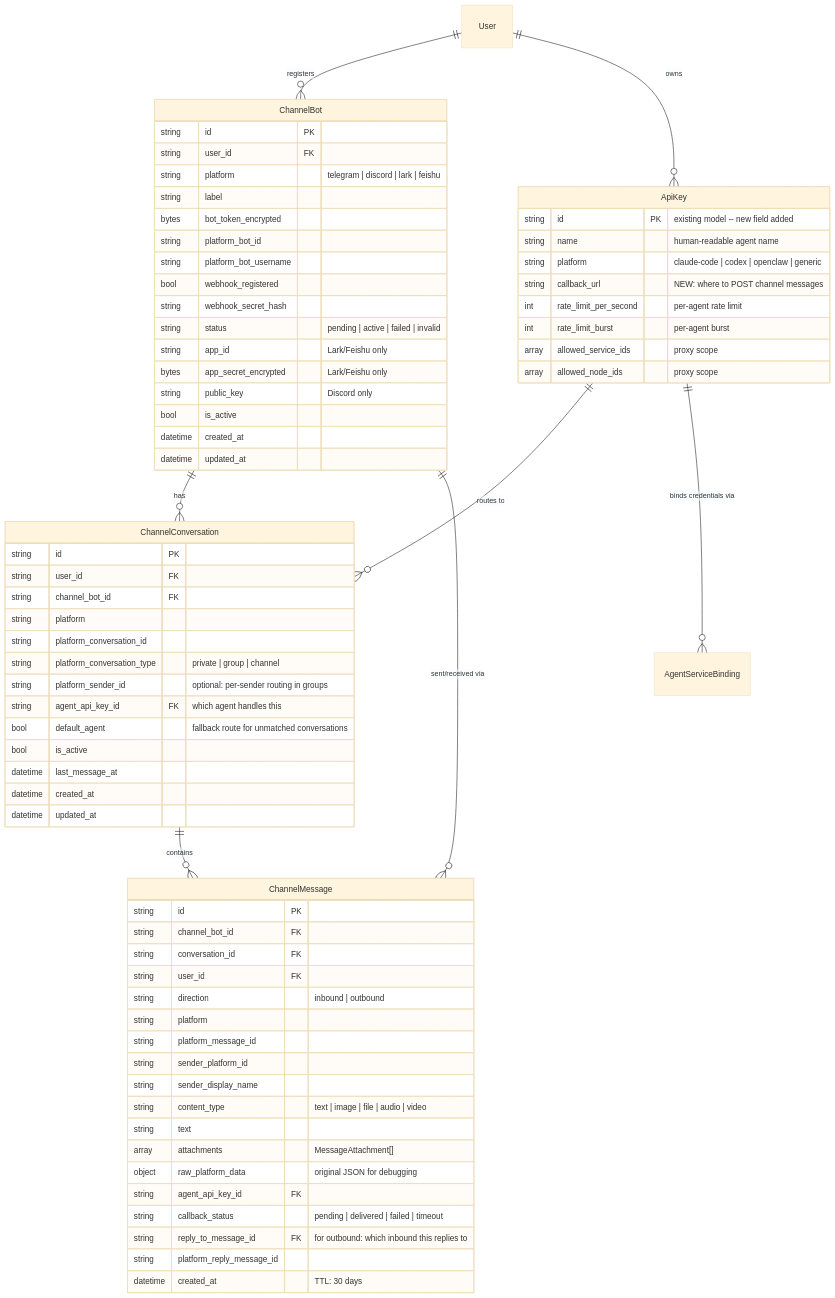
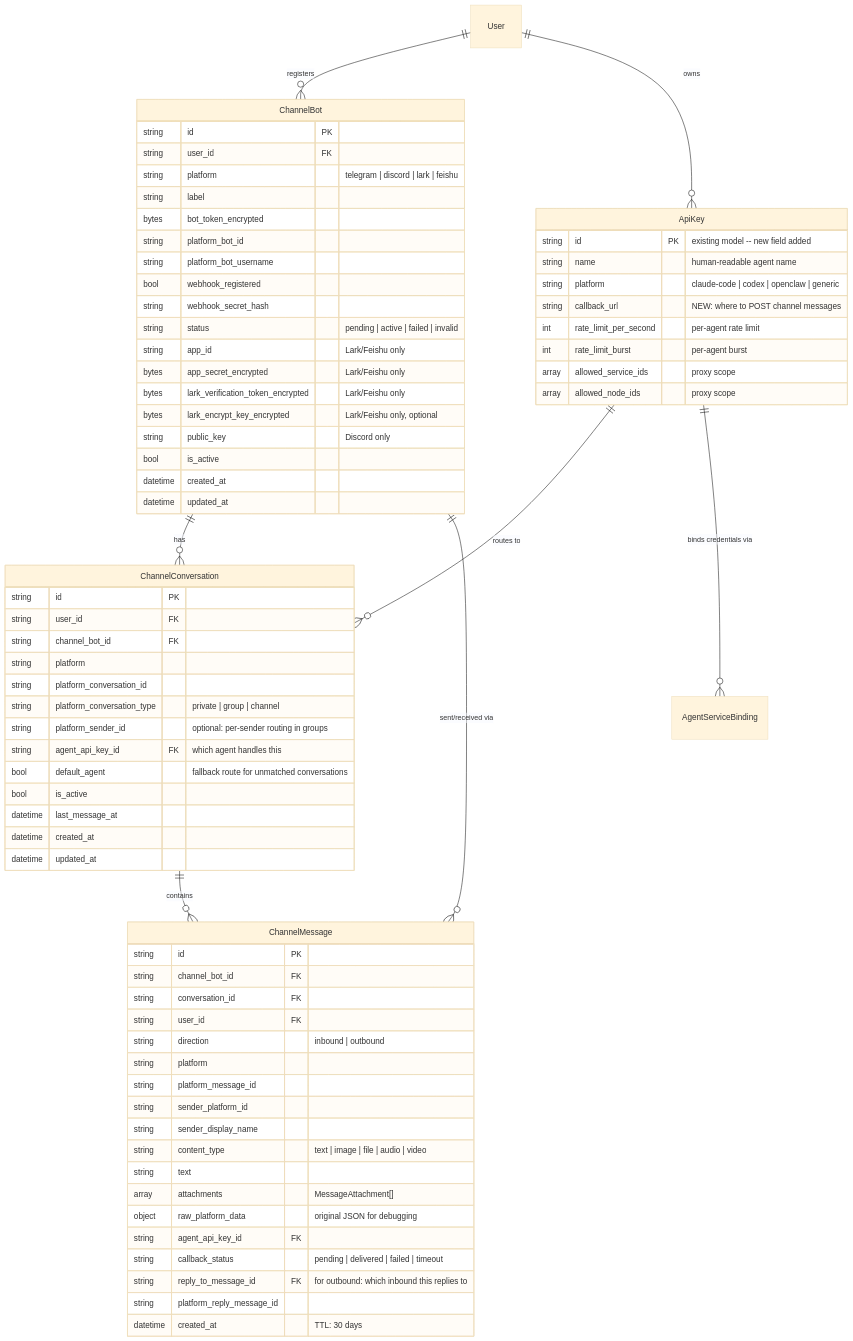
The seventh of 16 diagrams in docs/CHANNEL_BOT_RELAY.md (yonasBSD/NyxID), drawn with Mermaid (base theme) before and after one commit. The commit also changed other lines of this file and 1 other file, not shown here.

Commit message:
docs(channel-bots): document lark verification inputs

````diff
--- a/docs/CHANNEL_BOT_RELAY.md
+++ b/docs/CHANNEL_BOT_RELAY.md
@@ -247,77 +247,79 @@
 ```mermaid
 erDiagram
     User ||--o{ ChannelBot : registers
     User ||--o{ ApiKey : owns
     ChannelBot ||--o{ ChannelConversation : has
     ApiKey ||--o{ ChannelConversation : "routes to"
     ApiKey ||--o{ AgentServiceBinding : "binds credentials via"
     ChannelConversation ||--o{ ChannelMessage : contains
     ChannelBot ||--o{ ChannelMessage : "sent/received via"
 
     ApiKey {
         string id PK "existing model -- new field added"
         string name "human-readable agent name"
         string platform "claude-code | codex | openclaw | generic"
         string callback_url "NEW: where to POST channel messages"
         int rate_limit_per_second "per-agent rate limit"
         int rate_limit_burst "per-agent burst"
         array allowed_service_ids "proxy scope"
         array allowed_node_ids "proxy scope"
     }
 
     ChannelBot {
         string id PK
         string user_id FK
         string platform "telegram | discord | lark | feishu"
         string label
         bytes bot_token_encrypted
         string platform_bot_id
         string platform_bot_username
         bool webhook_registered
         string webhook_secret_hash
         string status "pending | active | failed | invalid"
         string app_id "Lark/Feishu only"
         bytes app_secret_encrypted "Lark/Feishu only"
+        bytes lark_verification_token_encrypted "Lark/Feishu only"
+        bytes lark_encrypt_key_encrypted "Lark/Feishu only, optional"
         string public_key "Discord only"
         bool is_active
         datetime created_at
         datetime updated_at
     }
 
     ChannelConversation {
         string id PK
         string user_id FK
         string channel_bot_id FK
         string platform
         string platform_conversation_id
         string platform_conversation_type "private | group | channel"
         string platform_sender_id "optional: per-sender routing in groups"
         string agent_api_key_id FK "which agent handles this"
         bool default_agent "fallback route for unmatched conversations"
         bool is_active
         datetime last_message_at
         datetime created_at
         datetime updated_at
     }
 
     ChannelMessage {
         string id PK
         string channel_bot_id FK
         string conversation_id FK
         string user_id FK
         string direction "inbound | outbound"
         string platform
         string platform_message_id
         string sender_platform_id
         string sender_display_name
         string content_type "text | image | file | audio | video"
         string text
         array attachments "MessageAttachment[]"
         object raw_platform_data "original JSON for debugging"
         string agent_api_key_id FK
         string callback_status "pending | delivered | failed | timeout"
         string reply_to_message_id FK "for outbound: which inbound this replies to"
         string platform_reply_message_id
         datetime created_at "TTL: 30 days"
     }
 ```
````
